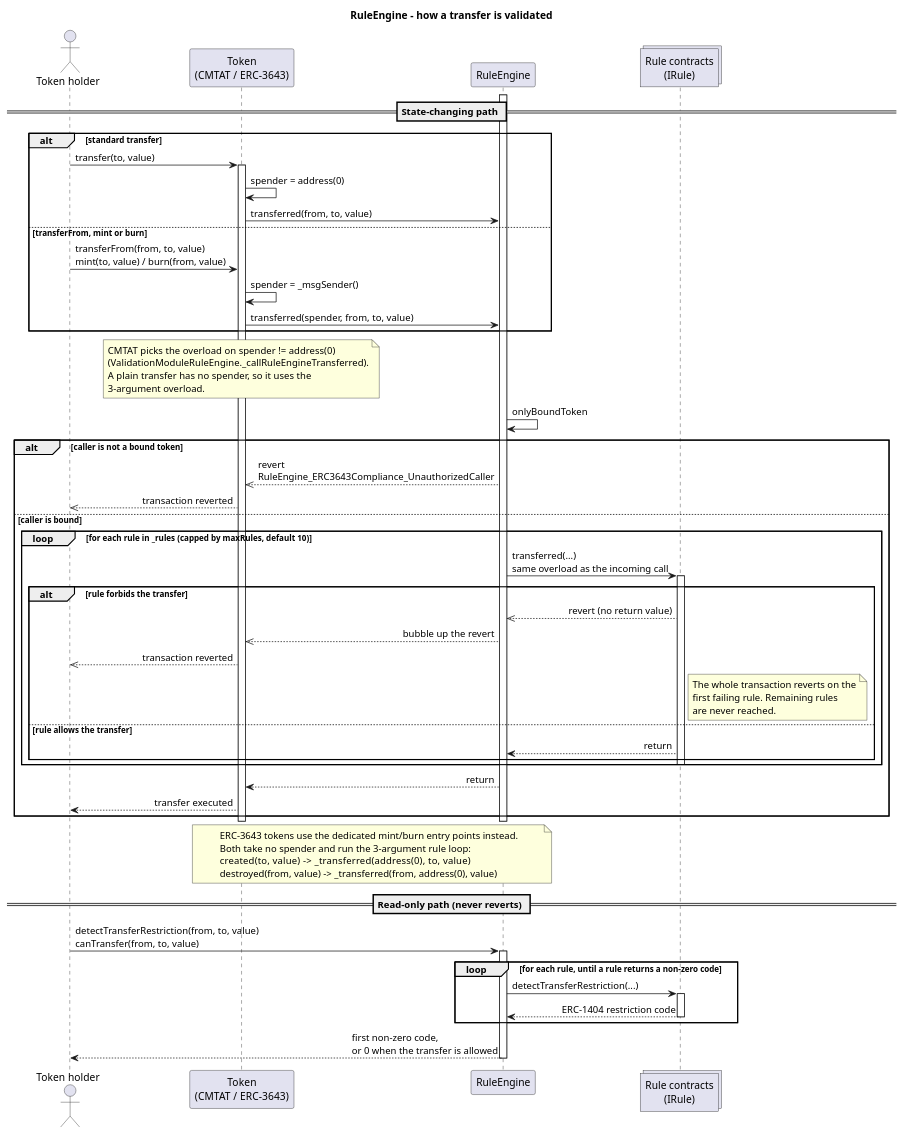
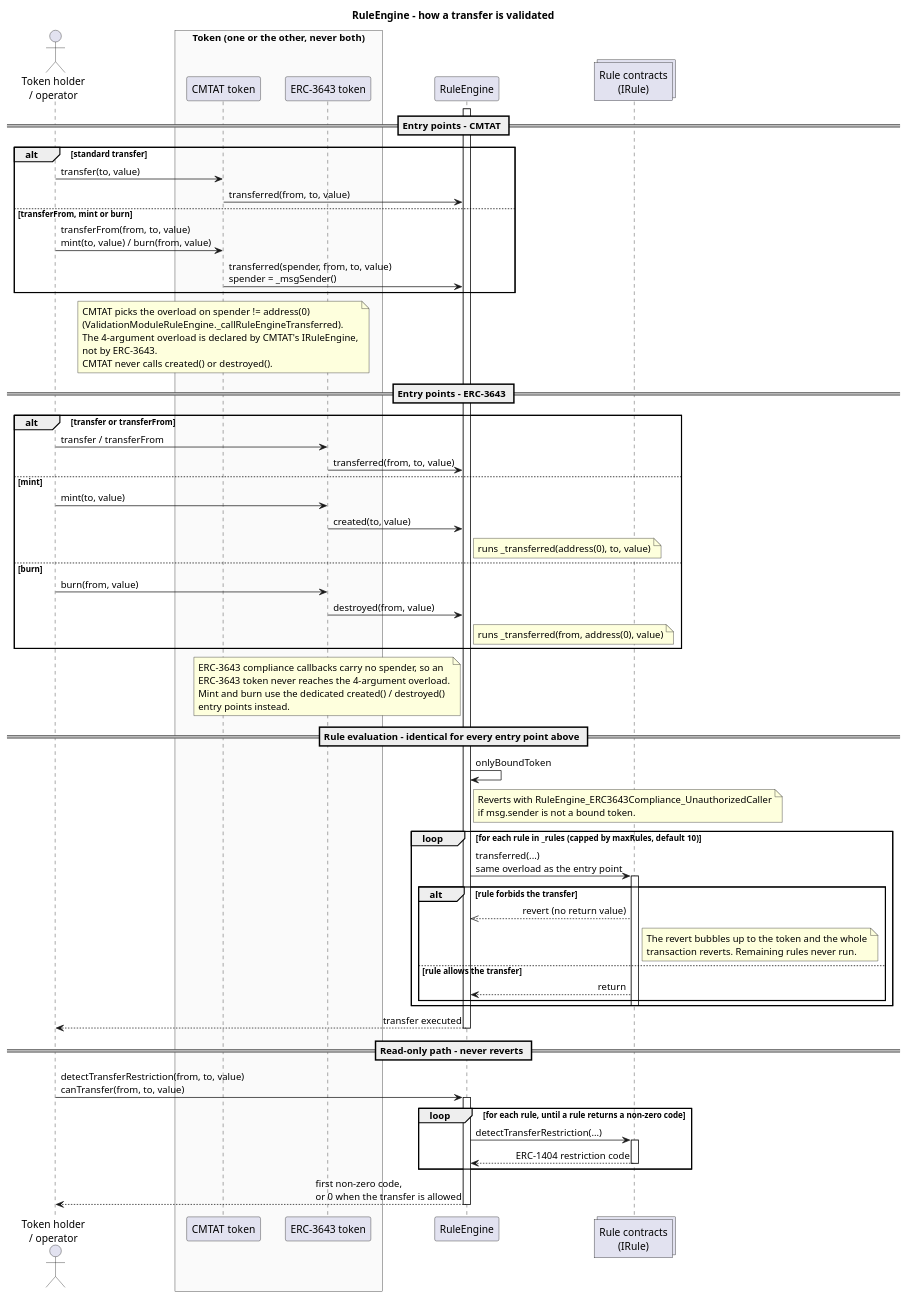
Before and after one commit to CMTA/RuleEngine: the diagram in doc/schema/plantuml/ruleengine-transfer-flow.puml, drawn with PlantUML. The commit also changed 4 other files, not shown here.

Commit message:
Add PlantUML sequence diagram of the transfer validation flow and document the disjoint CMTAT and ERC-3643 entry points

```diff
--- a/doc/schema/plantuml/ruleengine-transfer-flow.puml
+++ b/doc/schema/plantuml/ruleengine-transfer-flow.puml
@@ -1,85 +1,100 @@
 @startuml
 title RuleEngine - how a transfer is validated
 
 skinparam shadowing false
 skinparam sequenceMessageAlign direction
 skinparam ParticipantPadding 12
 skinparam BoxPadding 12
 
-actor "Token holder" as Holder
-participant "Token\n(CMTAT / ERC-3643)" as Token
+actor "Token holder\n/ operator" as Holder
+
+box "Token (one or the other, never both)" #FaFaFa
+participant "CMTAT token" as CMTAT
+participant "ERC-3643 token" as T3643
+end box
+
 participant "RuleEngine" as Engine
 collections "Rule contracts\n(IRule)" as Rules
 
-== State-changing path ==
+== Entry points - CMTAT ==
 
 alt standard transfer
-    Holder -> Token : transfer(to, value)
-    activate Token
-    Token -> Token : spender = address(0)
-    Token -> Engine : transferred(from, to, value)
+    Holder -> CMTAT : transfer(to, value)
+    CMTAT -> Engine : transferred(from, to, value)
 else transferFrom, mint or burn
-    Holder -> Token : transferFrom(from, to, value)\nmint(to, value) / burn(from, value)
-    Token -> Token : spender = _msgSender()
-    Token -> Engine : transferred(spender, from, to, value)
+    Holder -> CMTAT : transferFrom(from, to, value)\nmint(to, value) / burn(from, value)
+    CMTAT -> Engine : transferred(spender, from, to, value)\nspender = _msgSender()
 end
 
-note over Token
+note over CMTAT
     CMTAT picks the overload on spender != address(0)
     (ValidationModuleRuleEngine._callRuleEngineTransferred).
-    A plain transfer has no spender, so it uses the
-    3-argument overload.
+    The 4-argument overload is declared by CMTAT's IRuleEngine,
+    not by ERC-3643.
+    CMTAT never calls created() or destroyed().
 end note
 
+== Entry points - ERC-3643 ==
+
+alt transfer or transferFrom
+    Holder -> T3643 : transfer / transferFrom
+    T3643 -> Engine : transferred(from, to, value)
+else mint
+    Holder -> T3643 : mint(to, value)
+    T3643 -> Engine : created(to, value)
+    note right of Engine : runs _transferred(address(0), to, value)
+else burn
+    Holder -> T3643 : burn(from, value)
+    T3643 -> Engine : destroyed(from, value)
+    note right of Engine : runs _transferred(from, address(0), value)
+end
+
+note over T3643
+    ERC-3643 compliance callbacks carry no spender, so an
+    ERC-3643 token never reaches the 4-argument overload.
+    Mint and burn use the dedicated created() / destroyed()
+    entry points instead.
+end note
+
+== Rule evaluation - identical for every entry point above ==
+
 activate Engine
-
 Engine -> Engine : onlyBoundToken
 
-alt caller is not a bound token
-    Engine -->> Token : revert\nRuleEngine_ERC3643Compliance_UnauthorizedCaller
-    Token -->> Holder : transaction reverted
-else caller is bound
-    loop for each rule in _rules (capped by maxRules, default 10)
-        Engine -> Rules : transferred(...)\nsame overload as the incoming call
-        activate Rules
-        alt rule forbids the transfer
-            Rules -->> Engine : revert (no return value)
-            Engine -->> Token : bubble up the revert
-            Token -->> Holder : transaction reverted
-            note right of Rules
-                The whole transaction reverts on the
-                first failing rule. Remaining rules
-                are never reached.
-            end note
-        else rule allows the transfer
-            Rules --> Engine : return
-        end
-        deactivate Rules
-    end
-    Engine --> Token : return
-    Token --> Holder : transfer executed
-end
-deactivate Engine
-deactivate Token
-
-note over Token, Engine
-    ERC-3643 tokens use the dedicated mint/burn entry points instead.
-    Both take no spender and run the 3-argument rule loop:
-    created(to, value)     -> _transferred(address(0), to, value)
-    destroyed(from, value) -> _transferred(from, address(0), value)
+note right of Engine
+    Reverts with RuleEngine_ERC3643Compliance_UnauthorizedCaller
+    if msg.sender is not a bound token.
 end note
 
-== Read-only path (never reverts) ==
+loop for each rule in _rules (capped by maxRules, default 10)
+    Engine -> Rules : transferred(...)\nsame overload as the entry point
+    activate Rules
+    alt rule forbids the transfer
+        Rules -->> Engine : revert (no return value)
+        note right of Rules
+            The revert bubbles up to the token and the whole
+            transaction reverts. Remaining rules never run.
+        end note
+    else rule allows the transfer
+        Rules --> Engine : return
+    end
+    deactivate Rules
+end
+
+Engine --> Holder : transfer executed
+deactivate Engine
+
+== Read-only path - never reverts ==
 
 Holder -> Engine : detectTransferRestriction(from, to, value)\ncanTransfer(from, to, value)
 activate Engine
 loop for each rule, until a rule returns a non-zero code
     Engine -> Rules : detectTransferRestriction(...)
     activate Rules
     Rules --> Engine : ERC-1404 restriction code
     deactivate Rules
 end
 Engine --> Holder : first non-zero code,\nor 0 when the transfer is allowed
 deactivate Engine
 
 @enduml
```
